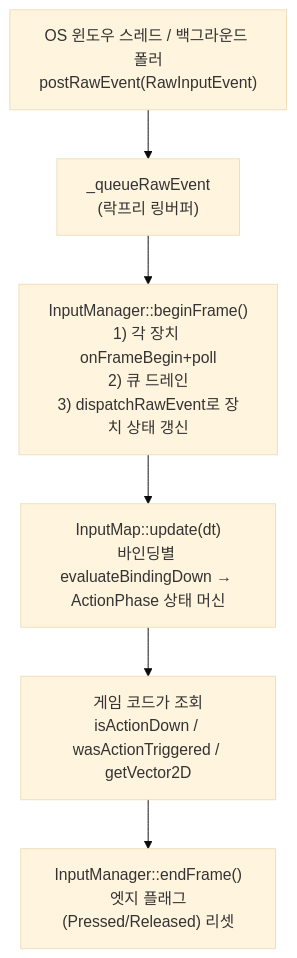
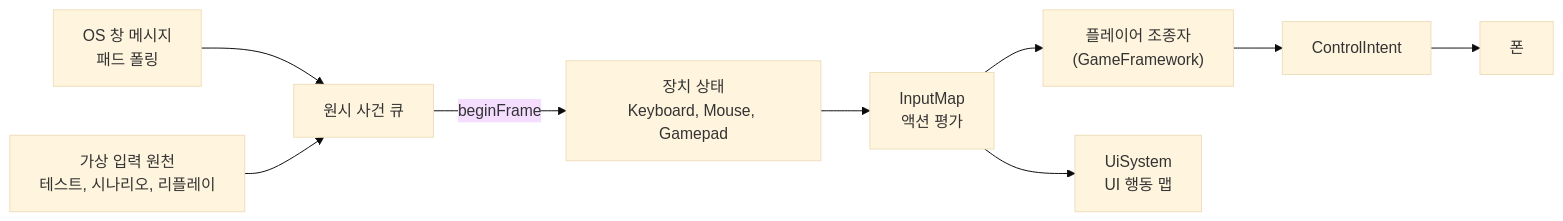
The diagram in Source/Engine/Input/README.md (sswgame/LearningTemplate), drawn with Mermaid (base theme) before and after one commit. The commit also changed other lines of this file, not shown here.

````diff
--- a/Source/Engine/Input/README.md
+++ b/Source/Engine/Input/README.md
@@ -94,8 +20,10 @@
 ```mermaid
-flowchart TD
-  A["OS 윈도우 스레드 / 백그라운드 폴러<br/>postRawEvent(RawInputEvent)"] --> B["_queueRawEvent<br/>(락프리 링버퍼)"]
-  B --> C["InputManager::beginFrame()<br/>1) 각 장치 onFrameBegin+poll<br/>2) 큐 드레인<br/>3) dispatchRawEvent로 장치 상태 갱신"]
-  C --> D["InputMap::update(dt)<br/>바인딩별 evaluateBindingDown → ActionPhase 상태 머신"]
-  D --> E["게임 코드가 조회<br/>isActionDown / wasActionTriggered / getVector2D"]
-  E --> F["InputManager::endFrame()<br/>엣지 플래그(Pressed/Released) 리셋"]
+flowchart LR
+  OS["OS 창 메시지<br/>패드 폴링"] --> Queue["원시 사건 큐"]
+  Virtual["가상 입력 원천<br/>테스트, 시나리오, 리플레이"] --> Queue
+  Queue -- "beginFrame" --> Devices["장치 상태<br/>Keyboard, Mouse, Gamepad"]
+  Devices --> Map["InputMap<br/>액션 평가"]
+  Map --> Player["플레이어 조종자<br/>(GameFramework)"]
+  Player --> Intent["ControlIntent"] --> Pawn["폰"]
+  Map --> UI["UiSystem<br/>UI 행동 맵"]
 ```
````
